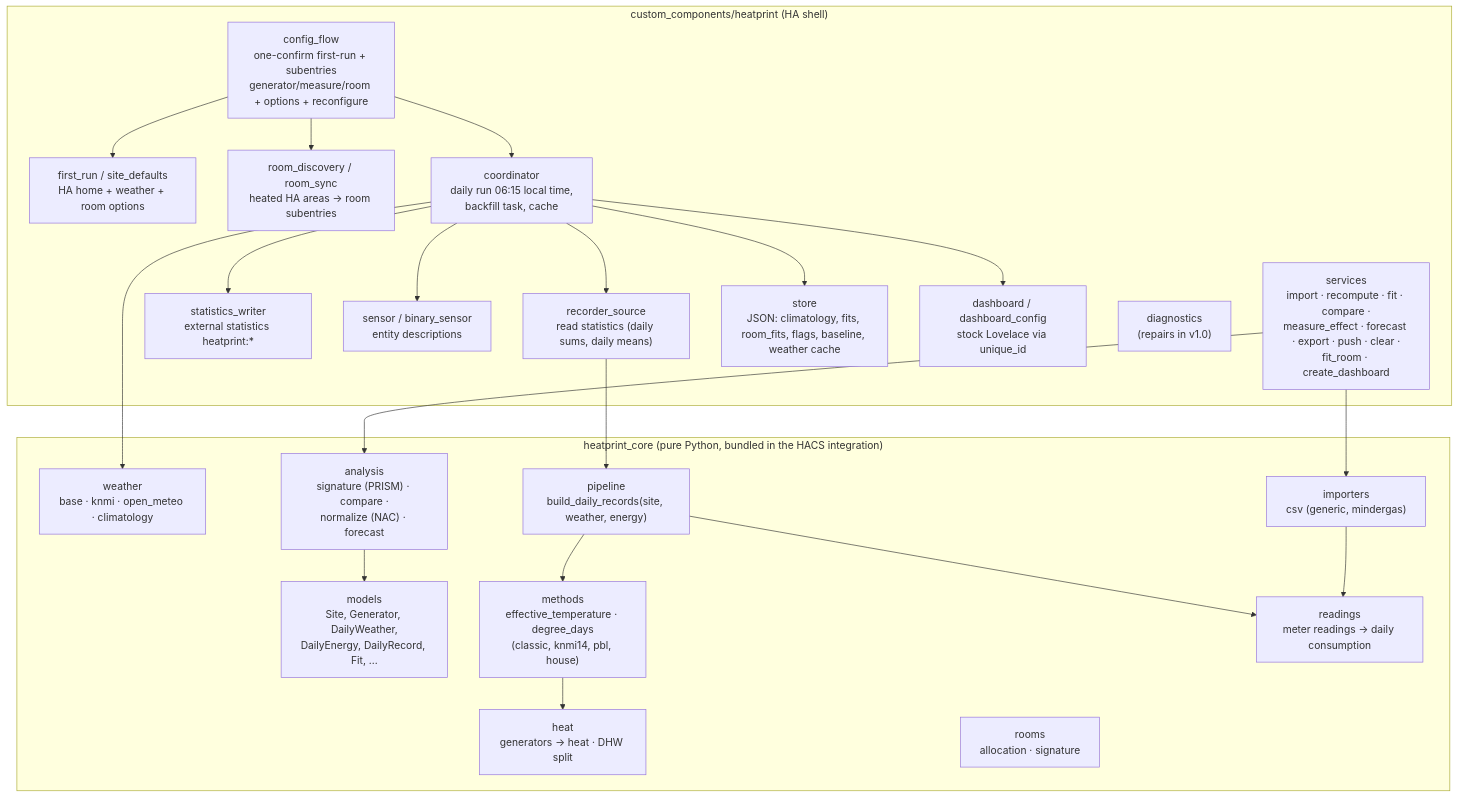
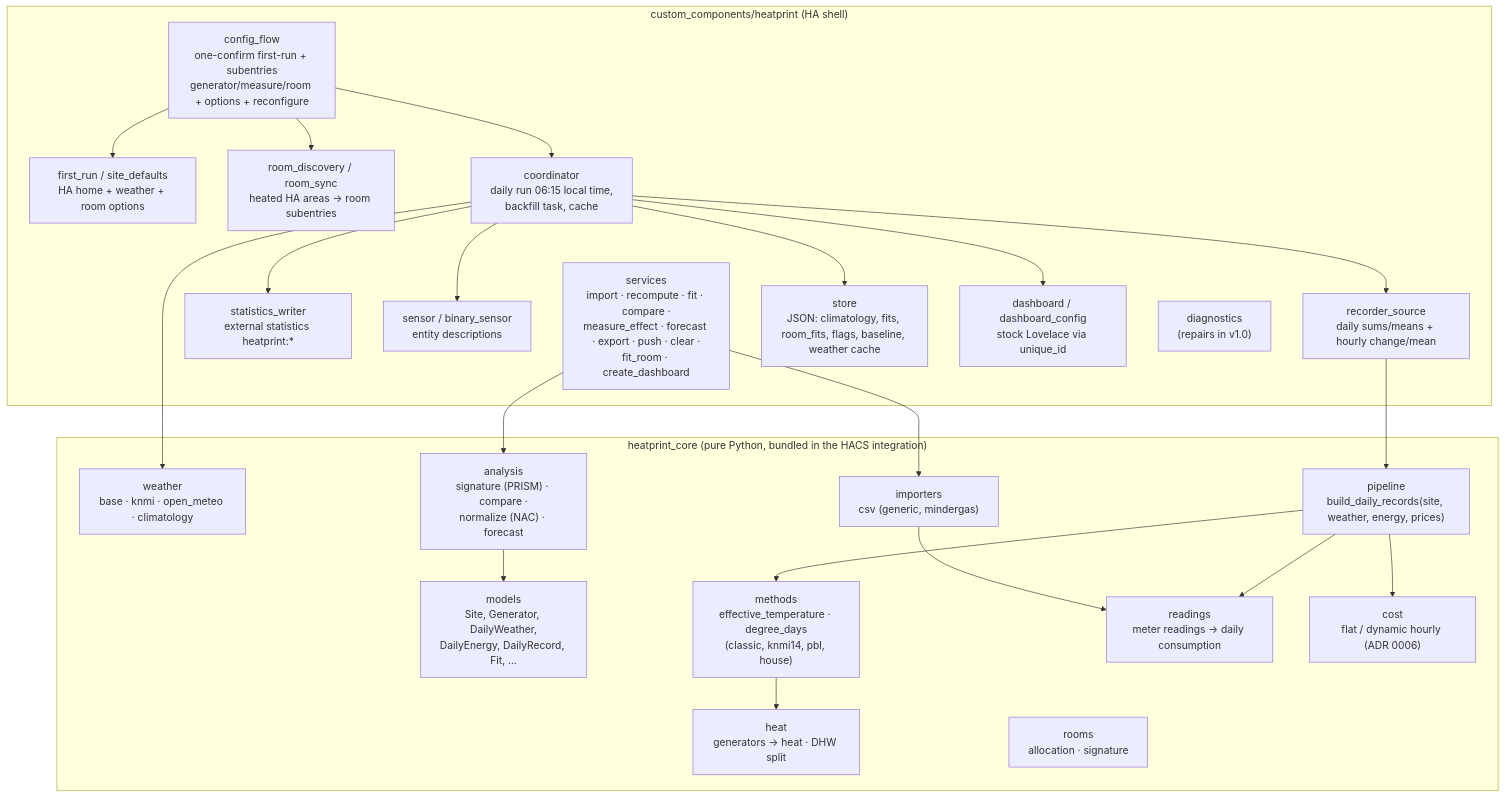
The second of 3 diagrams in docs/ARCHITECTURE.md (nicohabets/heatprint), drawn with Mermaid before and after one commit. The commit also changed other lines of this file and 36 other files, not shown here.

First line of the commit message:
feat: write site and room cost/CO₂ statistics (0.2.4)

````diff
--- a/docs/ARCHITECTURE.md
+++ b/docs/ARCHITECTURE.md
@@ -53,43 +53,45 @@
 ```mermaid
 flowchart TB
     subgraph core["heatprint_core (pure Python, bundled in the HACS integration)"]
         M["models<br/>Site, Generator, DailyWeather,<br/>DailyEnergy, DailyRecord, Fit, ..."]
         W["weather<br/>base · knmi · open_meteo · climatology"]
         E["methods<br/>effective_temperature · degree_days<br/>(classic, knmi14, pbl, house)"]
         H["heat<br/>generators → heat · DHW split"]
         R["readings<br/>meter readings → daily consumption"]
         A["analysis<br/>signature (PRISM) · compare ·<br/>normalize (NAC) · forecast"]
         I["importers<br/>csv (generic, mindergas)"]
-        P["pipeline<br/>build_daily_records(site, weather, energy)"]
+        P["pipeline<br/>build_daily_records(site, weather, energy, prices)"]
+        C["cost<br/>flat / dynamic hourly (ADR 0006)"]
         RM["rooms<br/>allocation · signature"]
     end
 
     subgraph ha["custom_components/heatprint (HA shell)"]
         CF["config_flow<br/>one-confirm first-run + subentries<br/>generator/measure/room + options + reconfigure"]
         FR["first_run / site_defaults<br/>HA home + weather + room options"]
         RD["room_discovery / room_sync<br/>heated HA areas → room subentries"]
         CO["coordinator<br/>daily run 06:15 local time,<br/>backfill task, cache"]
-        RS["recorder_source<br/>read statistics (daily sums, daily means)"]
+        RS["recorder_source<br/>daily sums/means + hourly change/mean"]
         ST["statistics_writer<br/>external statistics heatprint:*"]
         SE["sensor / binary_sensor<br/>entity descriptions"]
         SV["services<br/>import · recompute · fit · compare ·<br/>measure_effect · forecast · export · push · clear ·<br/>fit_room · create_dashboard"]
         SR["store<br/>JSON: climatology, fits, room_fits, flags, baseline, weather cache"]
         DB["dashboard / dashboard_config<br/>stock Lovelace via unique_id"]
         DG["diagnostics<br/>(repairs in v1.0)"]
     end
 
     CF --> FR
     CF --> RD
     CF --> CO
     CO --> RS --> P
     CO --> W
     P --> E --> H
     P --> R
+    P --> C
     CO --> ST
     CO --> SE
     CO --> DB
     SV --> A
     SV --> I --> R
     CO --> SR
     A --> M
 ```
````
